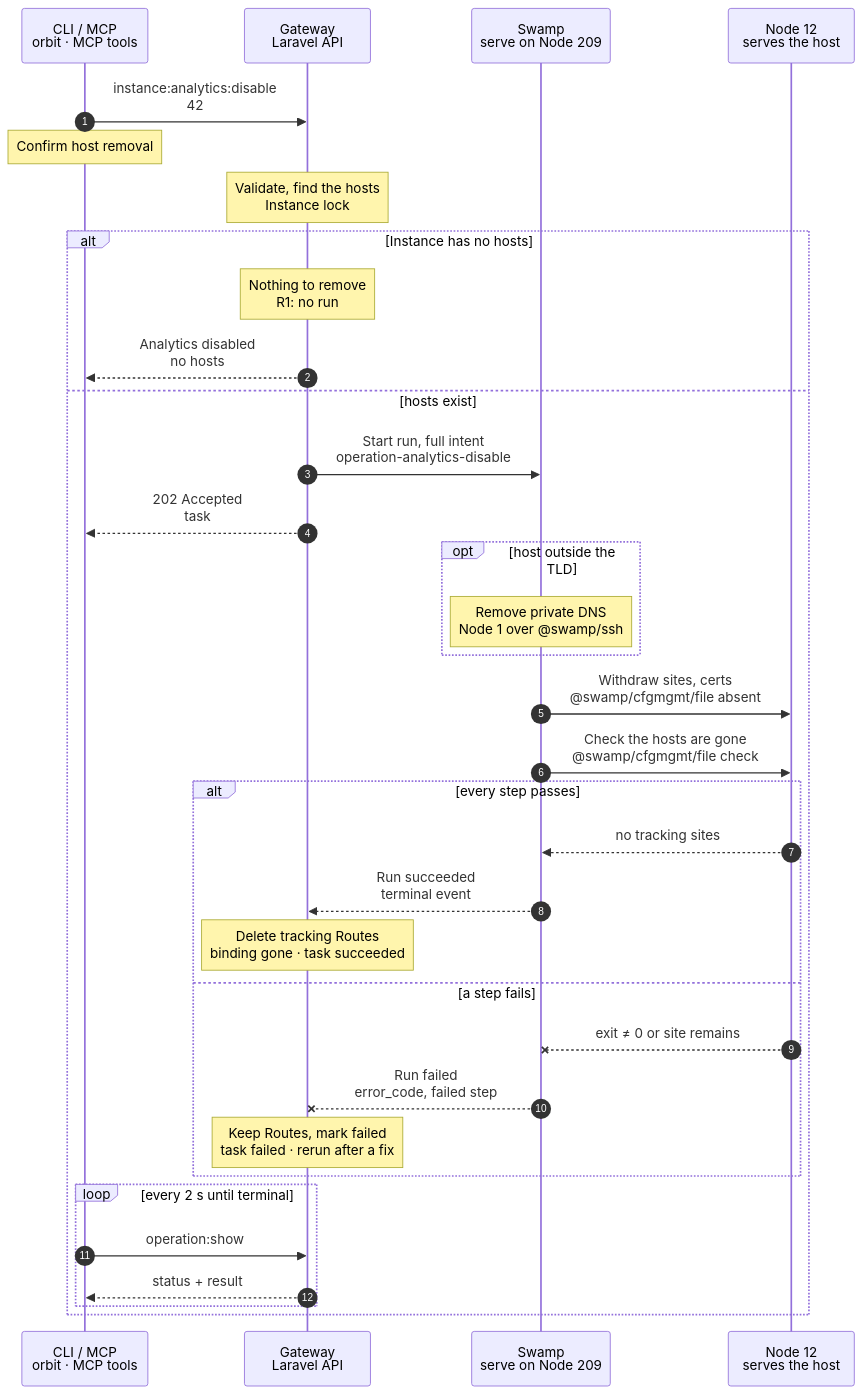
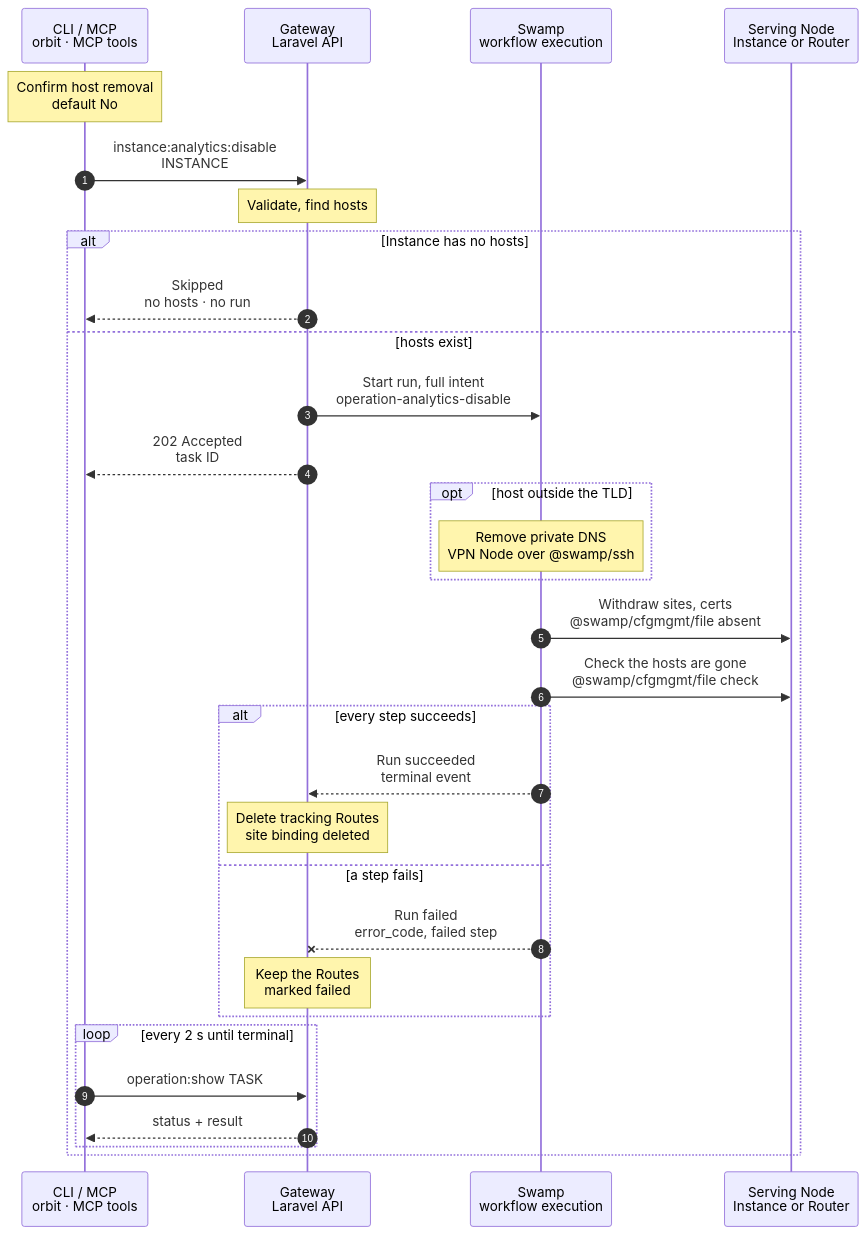
The diagram in docs/cli/instance/analytics-disable.mmd (hardimpactdev/orbit), drawn with Mermaid before and after one commit. The commit also changed 2 other files, not shown here.

Commit message:
docs(instance): instance:analytics:disable is ready (chart, page, cases)

```diff
--- a/docs/cli/instance/analytics-disable.mmd
+++ b/docs/cli/instance/analytics-disable.mmd
@@ -1,112 +1,53 @@
 sequenceDiagram
-  %% Target design: ADR 0244 task, Recall analytics-plausible-via-swamp (disable keeps the Plausible site), DECISIONS, R1-R4. docs/reference/analytics.md.
-  %% Tightened: flow-tighten 2026-11-02, rules 3, 8, 17, 22 (DNS first and only outside the TLD; sites and certificates withdrawn in one step, as route:destroy does).
-  %% status: draft
+  %% Target design: ADR 0244 task, one Swamp run; disable keeps the Plausible site. docs/reference/analytics.md#publish-a-tracking-host.
+  %% status: reviewed
   %% command: instance:analytics:disable
   %% kind: analytics.disable
   autonumber
   %% lane CLI icon=terminal pill=caller tone=gray
   %% lane GW icon=gateway pill=intent tone=blue
   %% lane SW icon=workflow pill=executes tone=green
   %% lane N icon=server pill=target tone=amber
   participant CLI as CLI / MCP<br/>orbit · MCP tools
   participant GW as Gateway<br/>Laravel API
-  participant SW as Swamp<br/>serve on Node 209
-  participant N as Node 12<br/>serves the host
-  CLI->>GW: instance:analytics:disable<br/>42
-  %%> Command:
-  %%> - `orbit instance:analytics:disable 42`
-  %%> - syntax: `<instance> [--yes] [--json]`
-  %%> Confirmation:
-  %%> - without `--yes`, the CLI asks first; the default is No
-  %%> - without a terminal, or with `--json`, `--yes` is required (`input.confirmation_required`)
-  %%> What it does:
-  %%> - removes every tracking host of Instance 42; Plausible keeps the site and its history
-  Note over CLI: Confirm host removal
-  %%> What it does:
-  %%> - asks for default-No consent before sending the disable request
-  Note over GW: Validate, find the hosts<br/>Instance lock
-  %%> Requirements:
-  %%> - your Node has an access grant to Node 12
-  %%> - no other analytics or Route change runs for Instance 42; the Gateway holds one lock
-  %%> Decides:
-  %%> - whether any tracking host exists
+  participant SW as Swamp<br/>workflow execution
+  participant N as Serving Node<br/>Instance or Router
+  Note over CLI: Confirm host removal<br/>default No
+  %%> Why:
+  %%> - visits stop being counted as soon as the hosts are gone
+  CLI->>GW: instance:analytics:disable<br/>INSTANCE
+  Note over GW: Validate, find hosts
   alt Instance has no hosts
-    Note over GW: Nothing to remove<br/>R1: no run
+    GW-->>CLI: Skipped<br/>no hosts · no run
     %%> Result:
-    %%> - nothing changes; no Swamp run starts (R1)
-    GW-->>CLI: Analytics disabled<br/>no hosts
-    %%> What you get:
-    %%> - the final result at once; there is nothing to follow
+    %%> - the command succeeds and changes nothing
   else hosts exist
     GW->>SW: Start run, full intent<br/>operation-analytics-disable
-    %%> What it does:
-    %%> - records task #5127 and starts one Swamp run on serve (Node 209)
-    %%> Inputs:
-    %%> - the tracking sites and certificates to remove, and their DNS records
-    %%> - Node 12's address and SSH host keys; the SSH identity comes from the `swamp` role
-    %%> Not included:
-    %%> - Plausible credentials; disable does not call Plausible
-    GW-->>CLI: 202 Accepted<br/>task #5127
-    %%> What you get:
-    %%> - the task number, at once
-    %%> Next:
-    %%> - the CLI follows the task with `operation:show`
+    GW-->>CLI: 202 Accepted<br/>task ID
     opt host outside the TLD
-      Note over SW: Remove private DNS<br/>Node 1 over @swamp/ssh
-      %%> When:
-      %%> - only for a tracking host outside the Cluster or Node TLD; private DNS answers the whole TLD
-      %%> What it does:
-      %%> - removes the hosts' private DNS records and waits the 31-second grace
-      %%> How:
-      %%> - over SSH from 209 to the VPN Node (Node 1), with the `swamp` role's key
+      Note over SW: Remove private DNS<br/>VPN Node over @swamp/ssh
       %%> Why first:
-      %%> - unpublish before removing: the name stops resolving before its site leaves
+      %%> - the name stops resolving before its site leaves
     end
     SW->>N: Withdraw sites, certs<br/>@swamp/cfgmgmt/file absent
-    %%> How:
-    %%> - over SSH from 209 with `@swamp/ssh` and `@swamp/cfgmgmt/file`; `caddy validate` as one `@swamp/ssh exec`, then a reload
-    %%> What it does:
-    %%> - removes only the tracking sections; other sites stay; validates, then reloads Caddy without a restart
-    %%> - on a Router, then removes the tracking certificates in the same step; tracking hosts on a Node-scoped Route have no Orbit certificate
     %%> Why one step:
-    %%> - the mirror of `instance:analytics:enable`, and of `route:destroy`; the site goes before its certificate, so no read of the loaded config runs first
+    %%> - the site goes before its certificate, as `route:destroy` does; other sites stay
     SW->>N: Check the hosts are gone<br/>@swamp/cfgmgmt/file check
-    %%> What it does:
-    %%> - reads the loaded Caddy config and checks no tracking site remains
-    alt every step passes
-      N-->>SW: no tracking sites
-      %%> Returns:
-      %%> - the check passed
+    alt every step succeeds
       SW-->>GW: Run succeeded<br/>terminal event
-      %%> How the Gateway learns it:
-      %%> - its shared run reader sees the terminal event; Swamp never calls the Gateway
-      Note over GW: Delete tracking Routes<br/>binding gone · task succeeded
+      Note over GW: Delete tracking Routes<br/>site binding deleted
       %%> Result:
-      %%> - the tracking Routes and the site binding are deleted
-      %%> - the Plausible site, its history and its goals stay
-      %%> - task #5127 succeeds
+      %%> - the Plausible site, its history and its goals stay; disable never calls Plausible
     else a step fails
-      N--xSW: exit ≠ 0 or site remains
-      %%> When:
-      %%> - Caddy refuses the config, SSH fails, or a tracking site is still loaded
       SW--xGW: Run failed<br/>error_code, failed step
-      %%> The Gateway reads:
-      %%> - which step failed and its error code
-      Note over GW: Keep Routes, mark failed<br/>task failed · rerun after a fix
-      %%> Result:
-      %%> - the tracking Routes and the site binding stay, marked failed; task #5127 fails
-      %%> On the Node:
+      Note over GW: Keep the Routes<br/>marked failed
+      %%> On the Nodes:
       %%> - sections already withdrawn stay withdrawn; there is no rollback
       %%> Retry:
       %%> - run the same command again; it skips what is already gone
     end
     loop every 2 s until terminal
-      CLI->>GW: operation:show #5127
-      %%> What it does:
-      %%> - asks for the task's status every 2 seconds until it has ended
+      CLI->>GW: operation:show TASK
       GW-->>CLI: status + result
-      %%> Returns:
-      %%> - the current status, and the result once the task has ended
     end
   end
```
